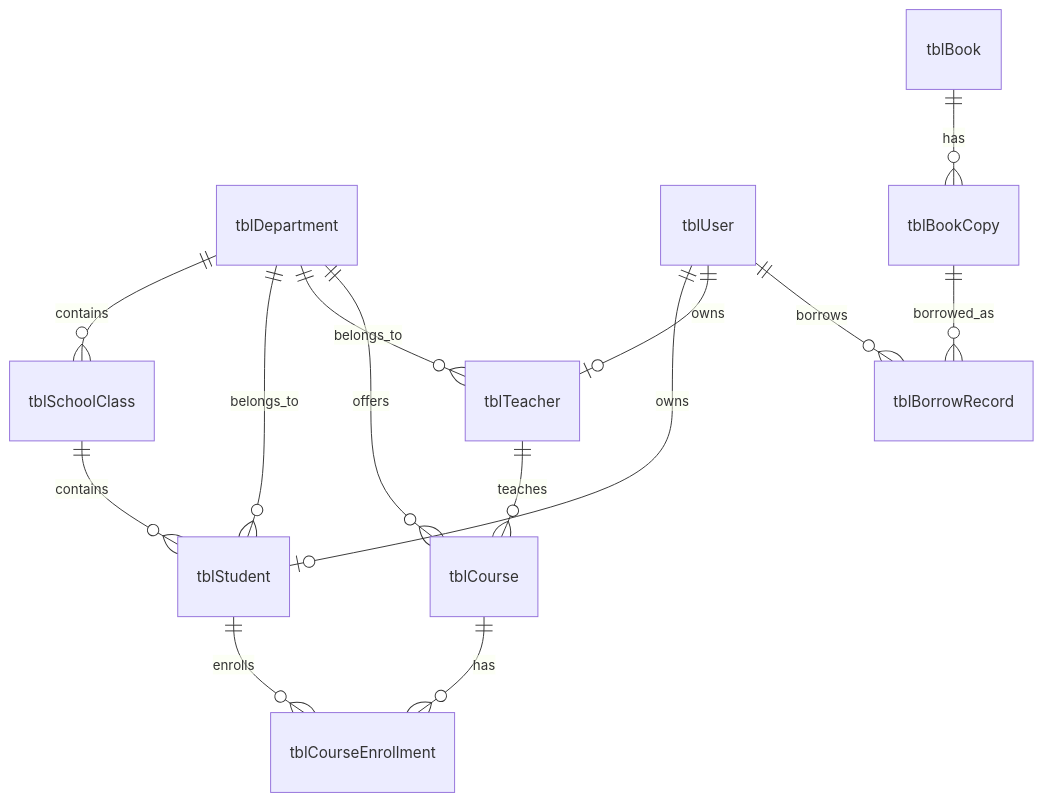
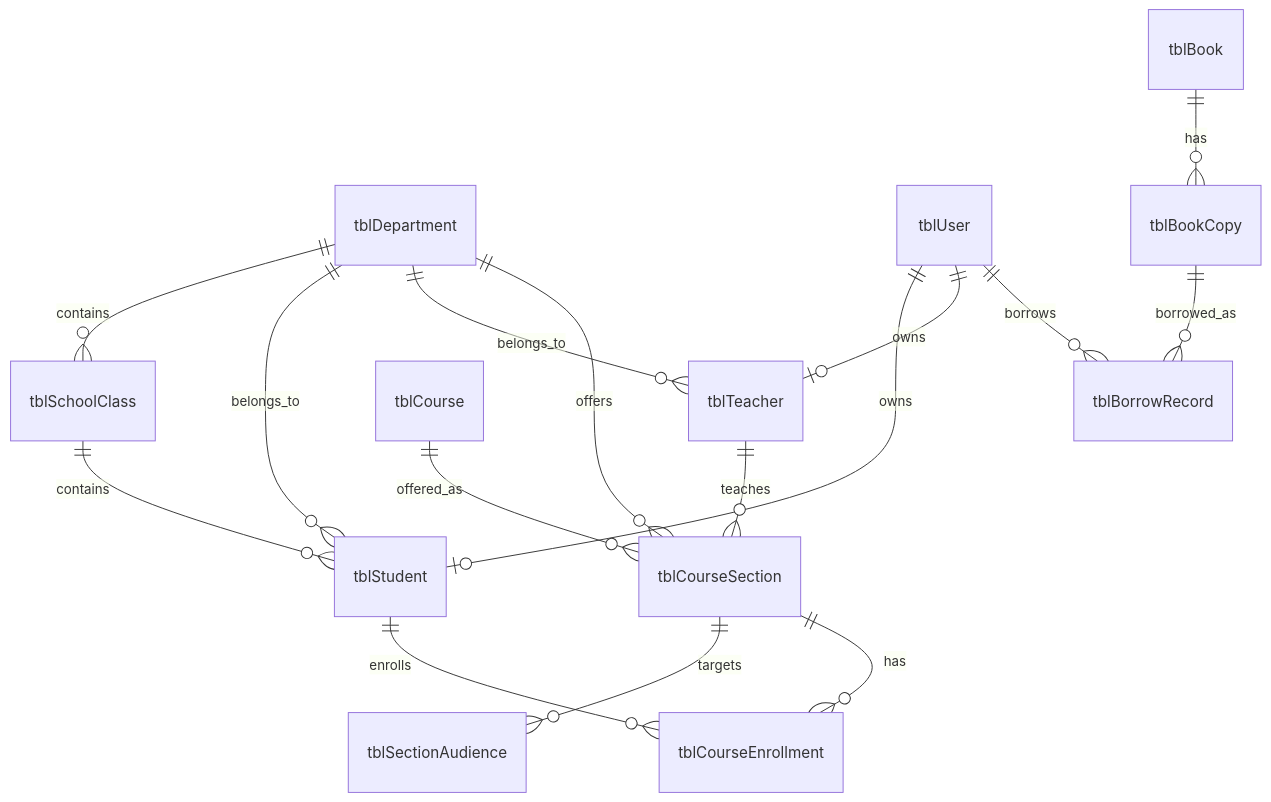
One commit to WXH-seu/SEU-CS-SummerSchool-2026 changed the diagram in docs/数据库设计说明.md. Above: the diagram before and after it, drawn with Mermaid. The commit also changed other lines of this file and 26 other files, not shown here.

Commit message:
feat(course): implement v2 catalog/section model with audience, window, roster and UI polish

````diff
--- a/docs/数据库设计说明.md
+++ b/docs/数据库设计说明.md
@@ -13,16 +13,18 @@
 ```mermaid
 erDiagram
     tblDepartment ||--o{ tblSchoolClass : contains
     tblDepartment ||--o{ tblStudent : belongs_to
     tblDepartment ||--o{ tblTeacher : belongs_to
     tblSchoolClass ||--o{ tblStudent : contains
     tblUser ||--o| tblStudent : owns
     tblUser ||--o| tblTeacher : owns
-    tblTeacher ||--o{ tblCourse : teaches
-    tblDepartment ||--o{ tblCourse : offers
+    tblCourse ||--o{ tblCourseSection : offered_as
+    tblTeacher ||--o{ tblCourseSection : teaches
+    tblDepartment ||--o{ tblCourseSection : offers
+    tblCourseSection ||--o{ tblSectionAudience : targets
     tblStudent ||--o{ tblCourseEnrollment : enrolls
-    tblCourse ||--o{ tblCourseEnrollment : has
+    tblCourseSection ||--o{ tblCourseEnrollment : has
     tblBook ||--o{ tblBookCopy : has
     tblBookCopy ||--o{ tblBorrowRecord : borrowed_as
     tblUser ||--o{ tblBorrowRecord : borrows
 ```
````
